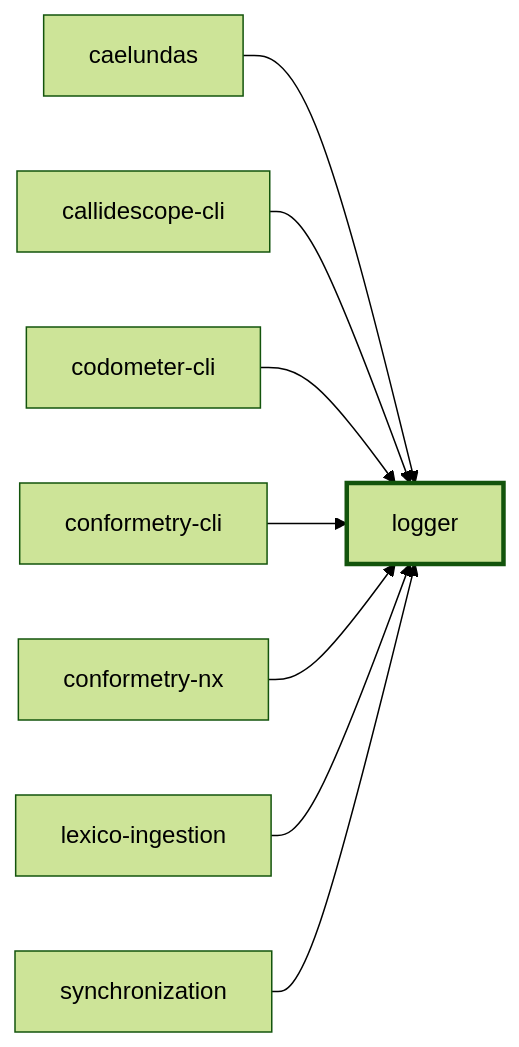
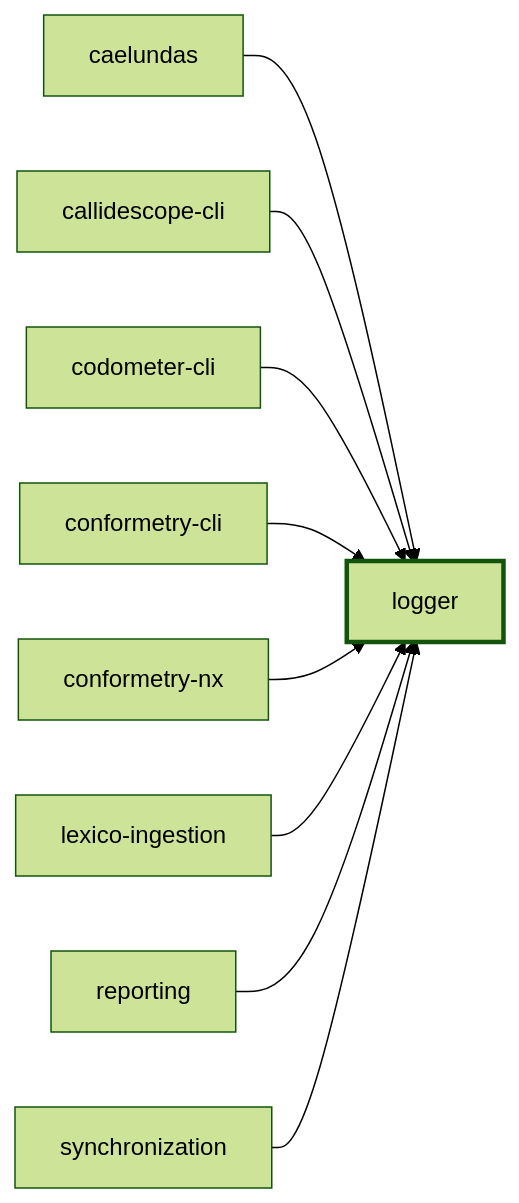
Before and after one commit to JimmyPaolini/codebase: the first of 2 diagrams in packages/logger/README.md, drawn with Mermaid (forest theme). The commit also changed 143 other files, not shown here.

````diff
--- a/packages/logger/README.md
+++ b/packages/logger/README.md
@@ -77,20 +77,22 @@
 ```mermaid
 flowchart LR
   caelundas["caelundas"]
   callidescope_cli["callidescope-cli"]
   codometer_cli["codometer-cli"]
   conformetry_cli["conformetry-cli"]
   conformetry_nx["conformetry-nx"]
   lexico_ingestion["lexico-ingestion"]
   logger["logger"]
+  reporting["reporting"]
   synchronization["synchronization"]
   caelundas --> logger
   callidescope_cli --> logger
   codometer_cli --> logger
   conformetry_cli --> logger
   conformetry_nx --> logger
   lexico_ingestion --> logger
+  reporting --> logger
   synchronization --> logger
   classDef subject stroke-width:3px
   class logger subject
 ```
````
